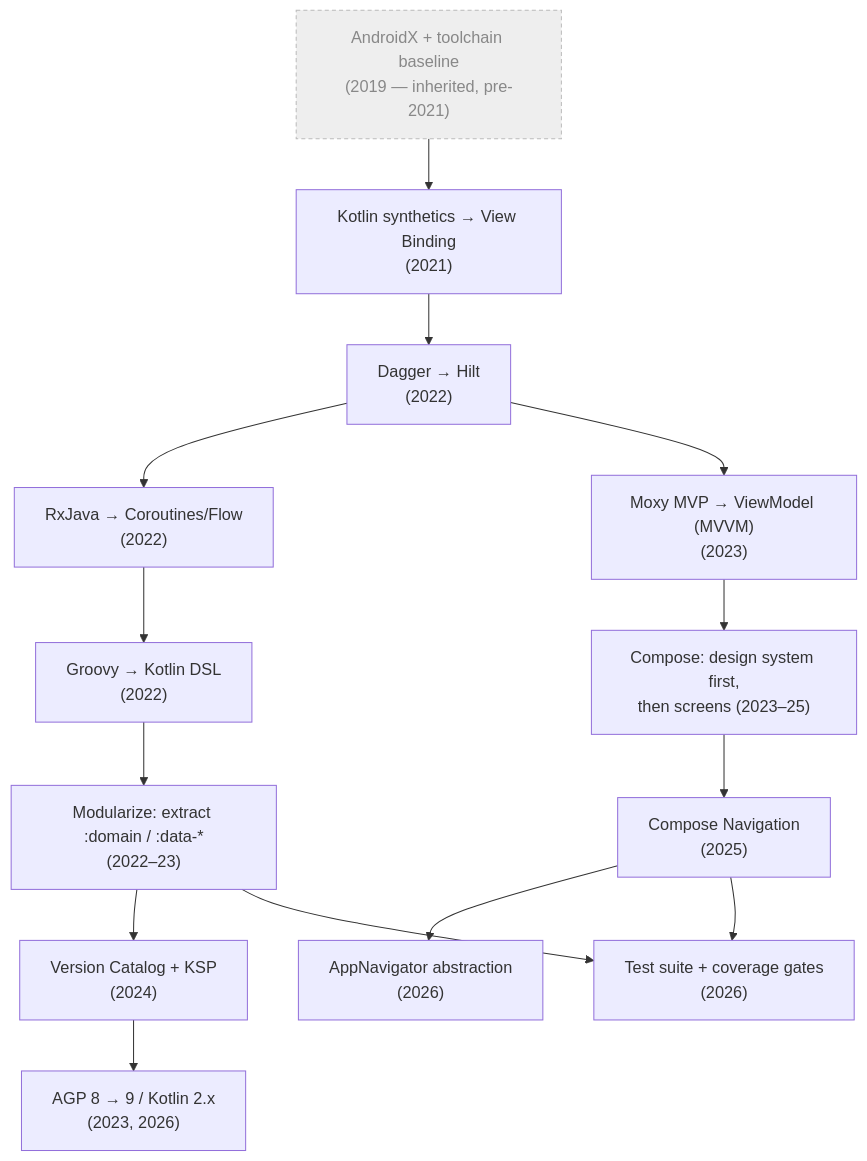
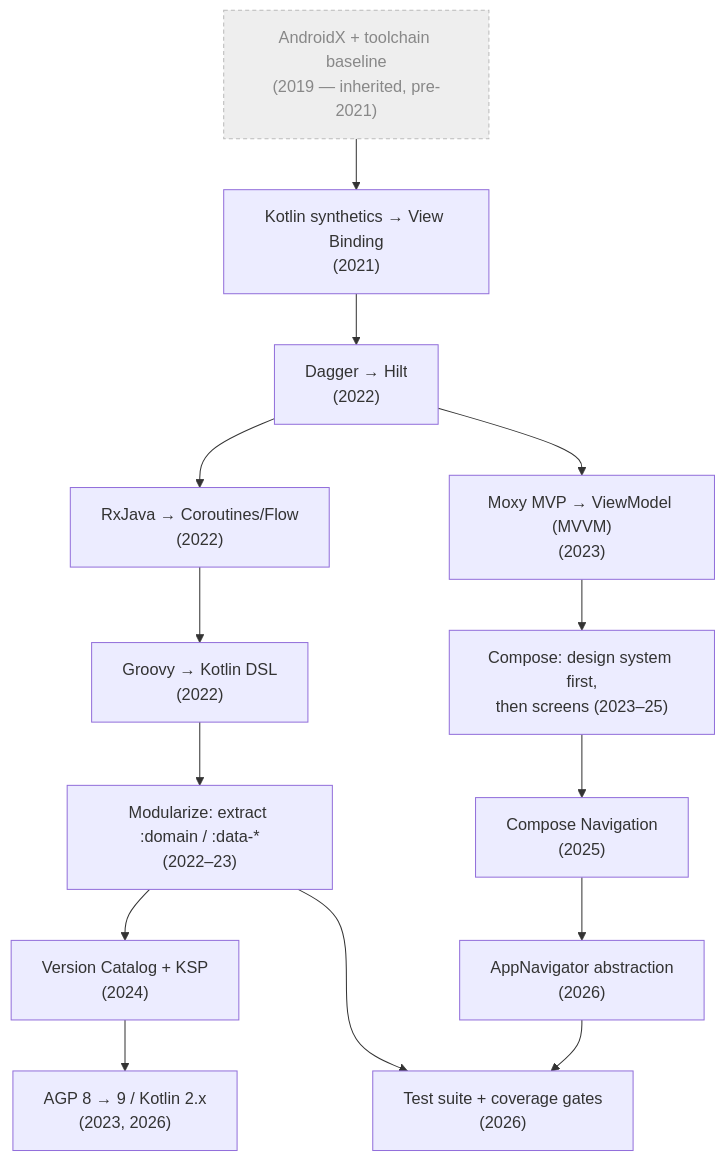
The second of 2 diagrams in README.md (mynormeza/android-modernization-case-study), drawn with Mermaid before and after one commit.

Commit message:
fix mermaid graph

````diff
--- a/README.md
+++ b/README.md
@@ -96,17 +96,17 @@
 ```mermaid
 flowchart TD
     P0["AndroidX + toolchain baseline<br/>(2019 — inherited, pre-2021)"]:::pre --> P1["Kotlin synthetics → View Binding<br/>(2021)"]
     P1 --> P2["Dagger → Hilt<br/>(2022)"]
     P2 --> P3["RxJava → Coroutines/Flow<br/>(2022)"]
     P3 --> P4["Groovy → Kotlin DSL<br/>(2022)"]
     P4 --> P5["Modularize: extract :domain / :data-*<br/>(2022–23)"]
     P5 --> P6["Version Catalog + KSP<br/>(2024)"]
     P2 --> P7["Moxy MVP → ViewModel (MVVM)<br/>(2023)"]
     P7 --> P8["Compose: design system first,<br/>then screens (2023–25)"]
     P8 --> P9["Compose Navigation<br/>(2025)"]
     P9 --> P10["AppNavigator abstraction<br/>(2026)"]
     P6 --> P11["AGP 8 → 9 / Kotlin 2.x<br/>(2023, 2026)"]
-    P9 --> P12["Test suite + coverage gates<br/>(2026)"]
+    P10 --> P12["Test suite + coverage gates<br/>(2026)"]
     P5 --> P12  
     classDef pre fill:#eee,stroke:#bbb,color:#888,stroke-dasharray:4 3;
 ```
````
